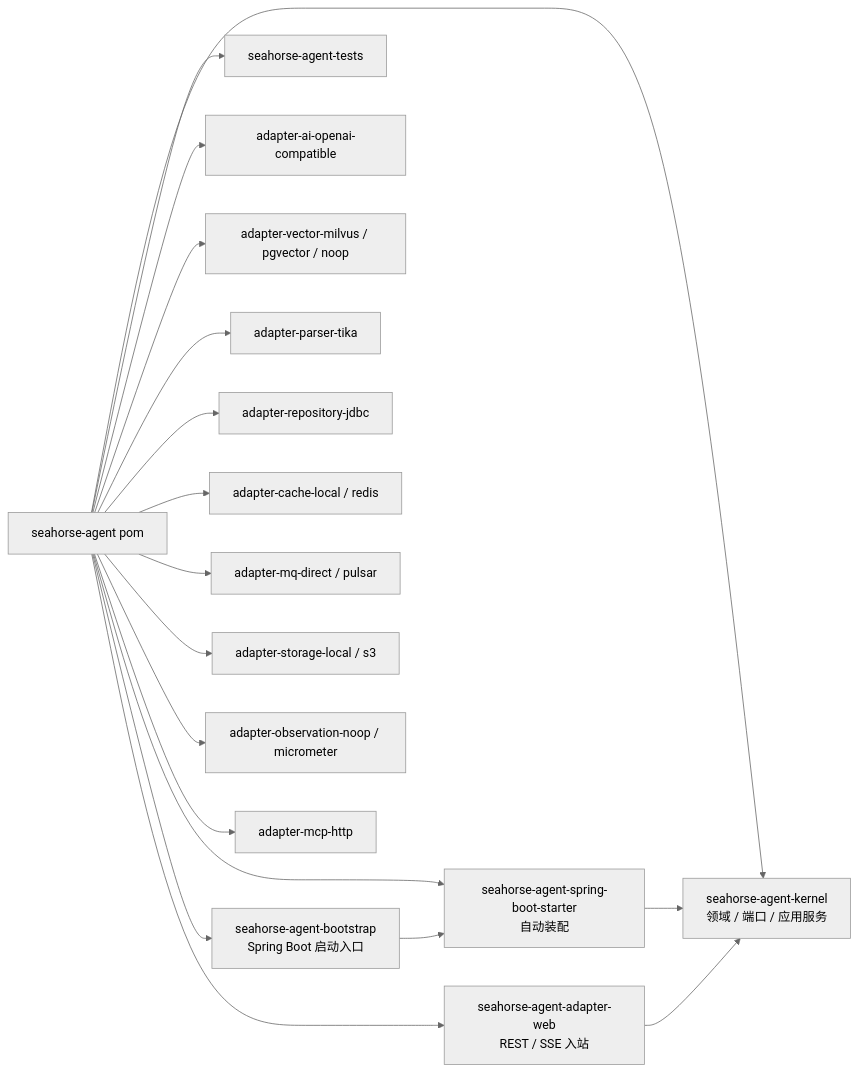
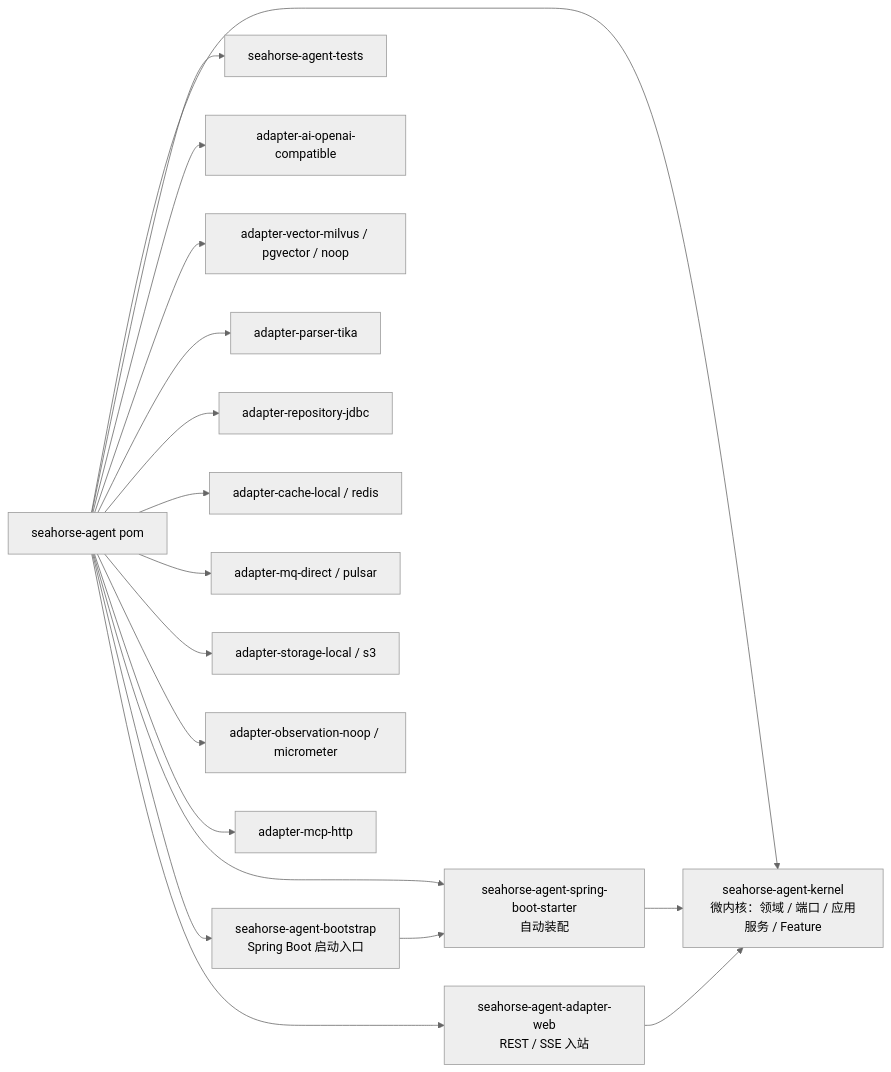
Before and after one commit to onceMisery/seahorse-agent: the second of 7 diagrams in README.md, drawn with Mermaid (neutral theme). The commit also changed other lines of this file, not shown here.

````diff
--- a/README.md
+++ b/README.md
@@ -120,28 +133,28 @@
 ```mermaid
 graph LR
     Root["seahorse-agent pom"]
     Bootstrap["seahorse-agent-bootstrap<br/>Spring Boot 启动入口"]
     Starter["seahorse-agent-spring-boot-starter<br/>自动装配"]
-    Kernel["seahorse-agent-kernel<br/>领域 / 端口 / 应用服务"]
+    Kernel["seahorse-agent-kernel<br/>微内核：领域 / 端口 / 应用服务 / Feature"]
     Web["seahorse-agent-adapter-web<br/>REST / SSE 入站"]
     Tests["seahorse-agent-tests"]
 
     Root --> Bootstrap
     Root --> Starter
     Root --> Kernel
     Root --> Web
     Root --> Tests
     Root --> AI["adapter-ai-openai-compatible"]
     Root --> VectorA["adapter-vector-milvus / pgvector / noop"]
     Root --> ParserA["adapter-parser-tika"]
     Root --> RepoA["adapter-repository-jdbc"]
     Root --> CacheA["adapter-cache-local / redis"]
     Root --> MQA["adapter-mq-direct / pulsar"]
     Root --> StorageA["adapter-storage-local / s3"]
     Root --> ObsA["adapter-observation-noop / micrometer"]
     Root --> McpA["adapter-mcp-http"]
 
     Bootstrap --> Starter
     Starter --> Kernel
     Web --> Kernel
 ```
````
